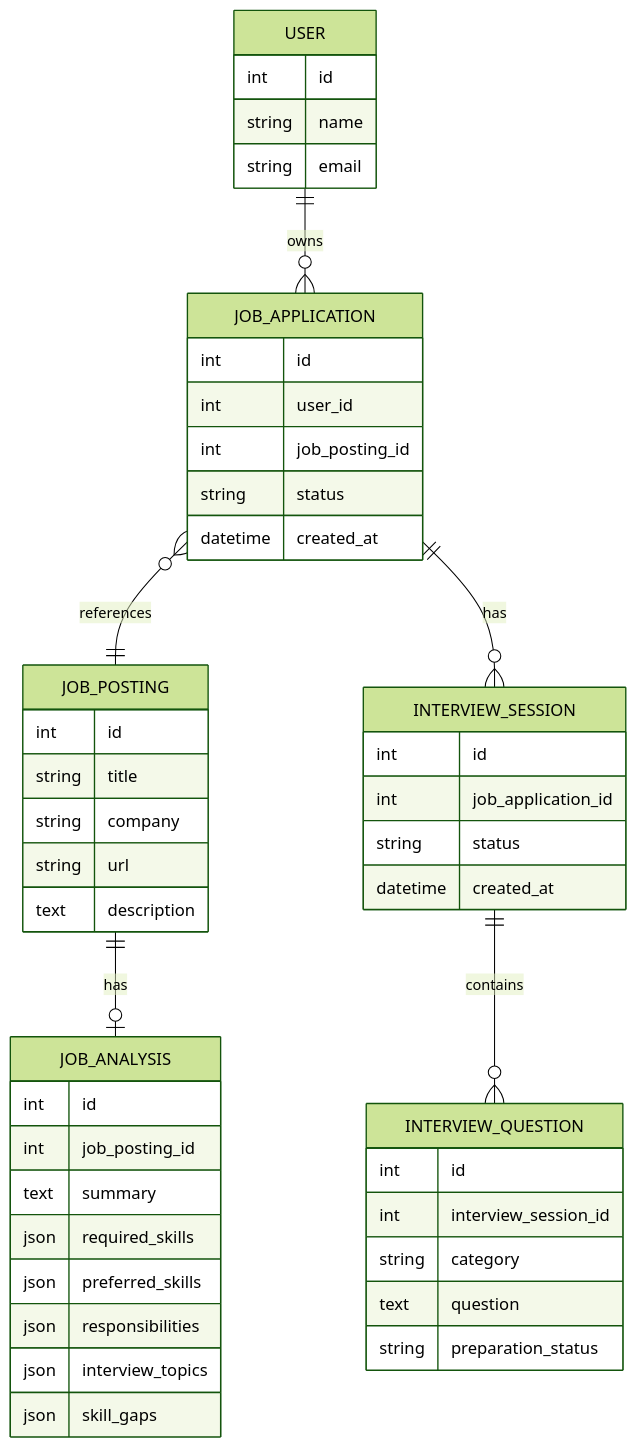
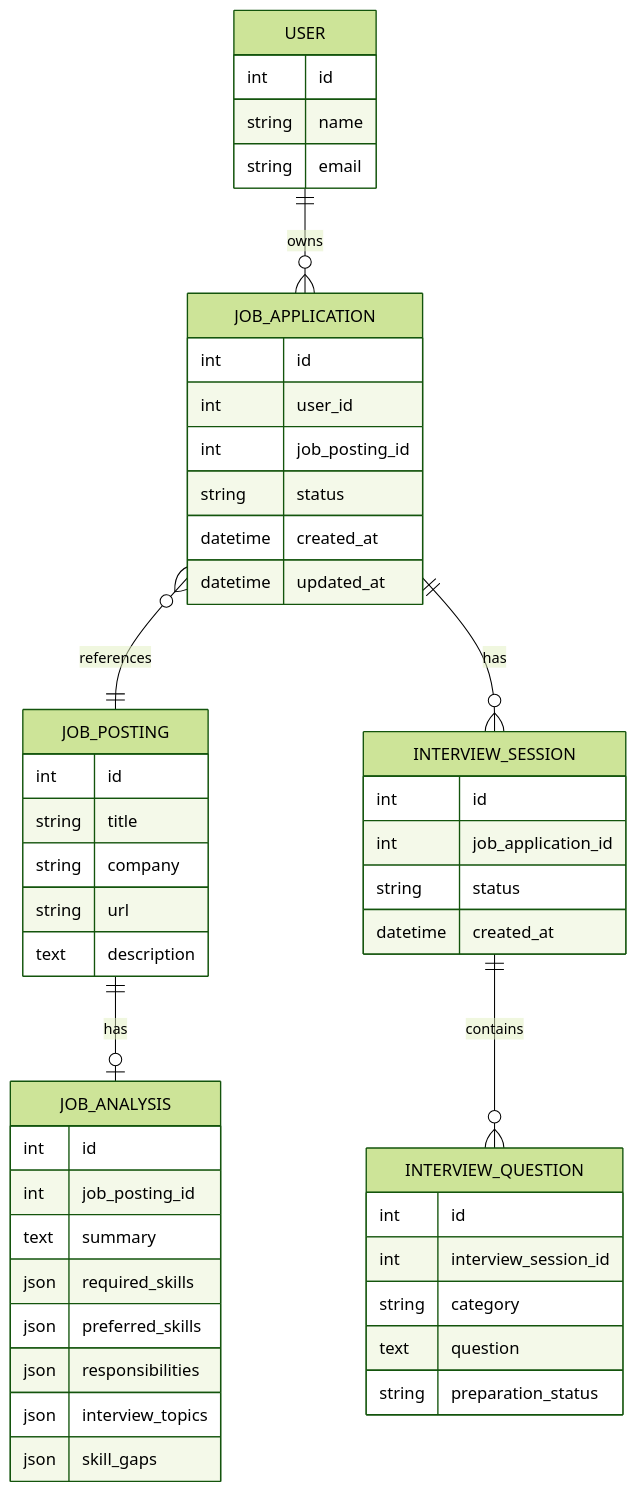
One commit to harshkaso/carrer-pilot changed the fifth of 7 diagrams in README.md. Above: the diagram before and after it, drawn with Mermaid (forest theme). The commit also changed 14 other files, not shown here.

````diff
--- a/README.md
+++ b/README.md
@@ -275,56 +275,57 @@
 ```mermaid
 erDiagram
     USER ||--o{ JOB_APPLICATION : owns
     JOB_APPLICATION }o--|| JOB_POSTING : references
     JOB_POSTING ||--o| JOB_ANALYSIS : has
     JOB_APPLICATION ||--o{ INTERVIEW_SESSION : has
     INTERVIEW_SESSION ||--o{ INTERVIEW_QUESTION : contains
 
     USER {
         int id
         string name
         string email
     }
 
     JOB_POSTING {
         int id
         string title
         string company
         string url
         text description
     }
 
     JOB_APPLICATION {
         int id
         int user_id
         int job_posting_id
         string status
         datetime created_at
+        datetime updated_at
     }
 
     JOB_ANALYSIS {
         int id
         int job_posting_id
         text summary
         json required_skills
         json preferred_skills
         json responsibilities
         json interview_topics
         json skill_gaps
     }
 
     INTERVIEW_SESSION {
         int id
         int job_application_id
         string status
         datetime created_at
     }
 
     INTERVIEW_QUESTION {
         int id
         int interview_session_id
         string category
         text question
         string preparation_status
     }
 ```
````
